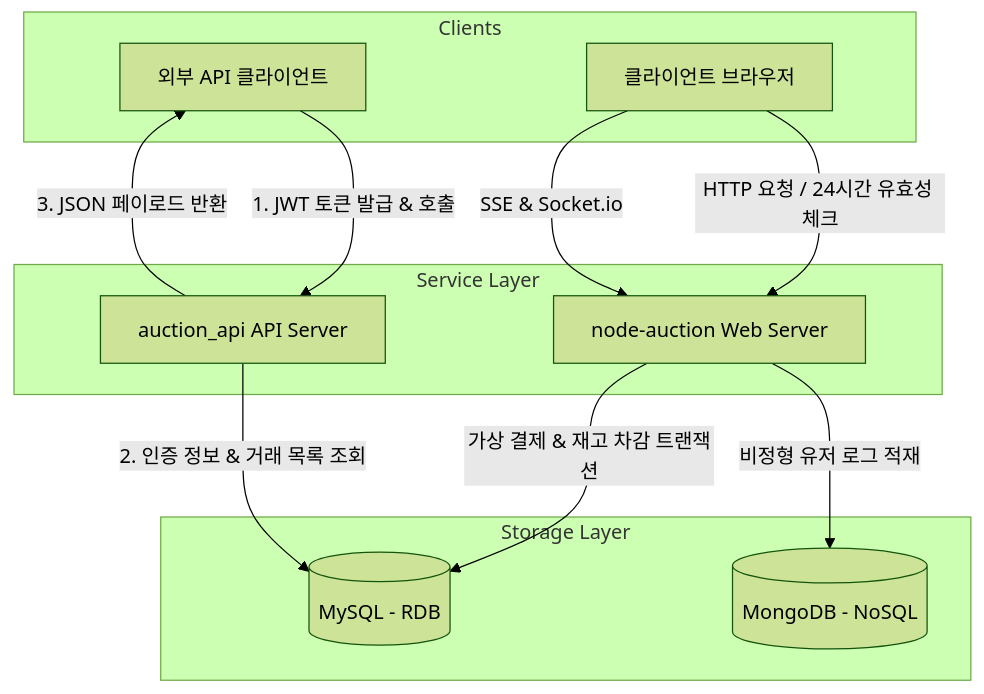
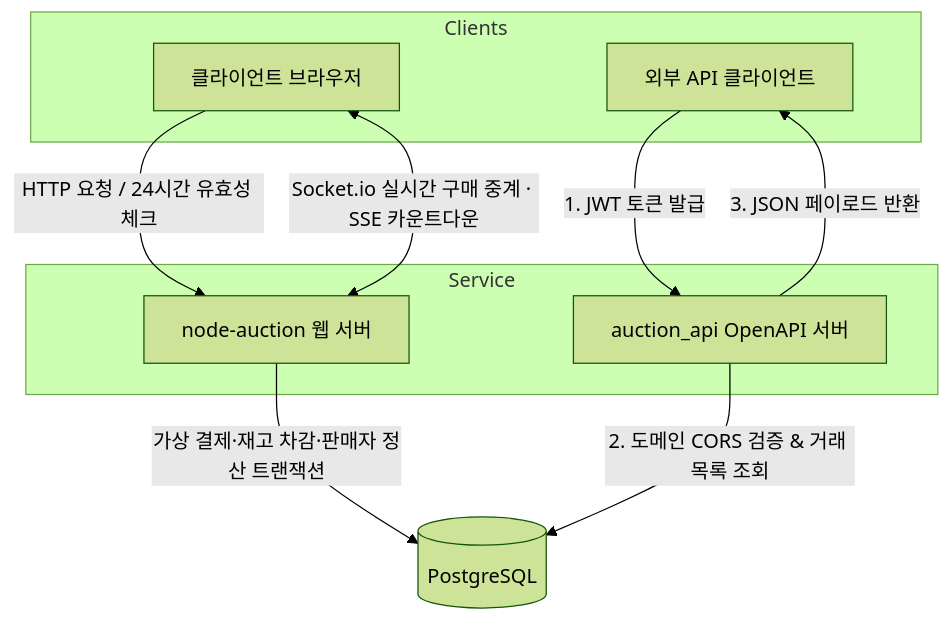
The second of 2 diagrams in README.md (Kim-jin-gwang/Jukini-Market), drawn with Mermaid (forest theme) before and after one commit. The commit also changed other lines of this file and 74 other files, not shown here.

First line of the commit message:
feat: revive node-auction as a deployable live demo

````diff
--- a/README.md
+++ b/README.md
@@ -101,26 +105,22 @@
 ```mermaid
 flowchart TD
     subgraph Clients
         Browser[클라이언트 브라우저]
         APIClient[외부 API 클라이언트]
     end
 
-    subgraph Service Layer
-        Web[node-auction Web Server]
-        API[auction_api API Server]
+    subgraph Service
+        Web[node-auction 웹 서버]
+        API[auction_api OpenAPI 서버]
     end
 
-    subgraph Storage Layer
-        MySQL[(MySQL - RDB)]
-        MongoDB[(MongoDB - NoSQL)]
-    end
+    DB[(PostgreSQL)]
 
     Browser -->|HTTP 요청 / 24시간 유효성 체크| Web
-    Browser -->|SSE & Socket.io| Web
-    Web -->|가상 결제 & 재고 차감 트랜잭션| MySQL
-    Web -->|비정형 유저 로그 적재| MongoDB
+    Browser <-->|Socket.io 실시간 구매 중계 · SSE 카운트다운| Web
+    Web -->|가상 결제·재고 차감·판매자 정산 트랜잭션| DB
 
-    APIClient -->|1. JWT 토큰 발급 & 호출| API
-    API -->|2. 인증 정보 & 거래 목록 조회| MySQL
+    APIClient -->|1. JWT 토큰 발급| API
+    API -->|2. 도메인 CORS 검증 & 거래 목록 조회| DB
     API -->|3. JSON 페이로드 반환| APIClient
 ```
````
